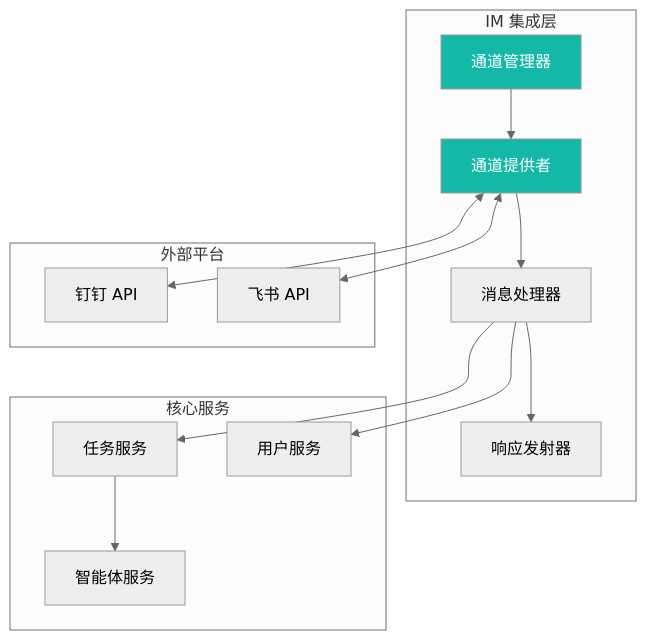
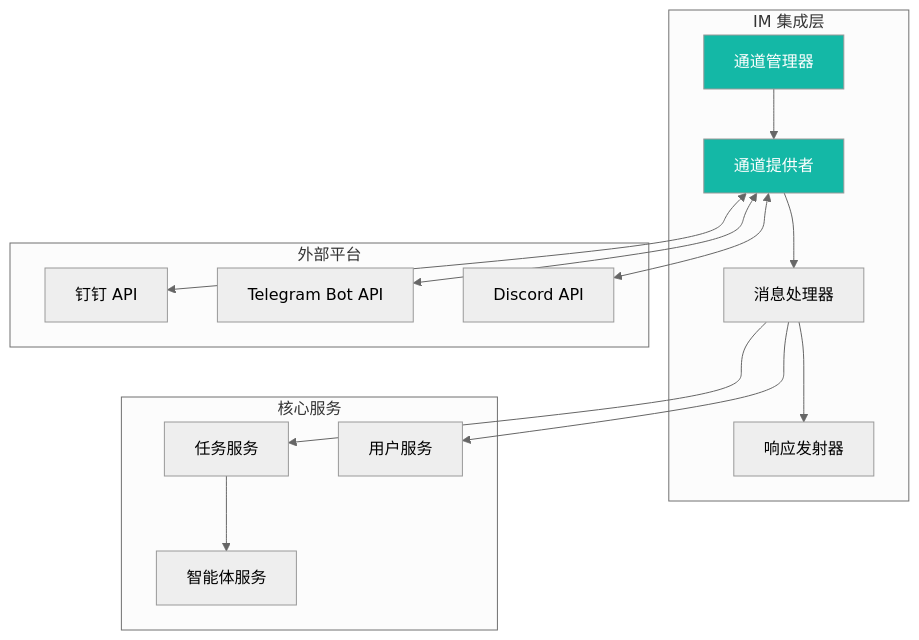
Before and after one commit to wecode-ai/wegent-docs: the second of 3 diagrams in i18n/zh/docusaurus-plugin-content-docs/current/user-guide/integrations/im-channel-integration.md, drawn with Mermaid (neutral theme). The commit also changed other lines of this file and 3 other files, not shown here.

````diff
--- a/i18n/zh/docusaurus-plugin-content-docs/current/user-guide/integrations/im-channel-integration.md
+++ b/i18n/zh/docusaurus-plugin-content-docs/current/user-guide/integrations/im-channel-integration.md
@@ -81,34 +83,36 @@
 ```mermaid
 graph TB
     subgraph "IM 集成层"
         CM[通道管理器]
         CP[通道提供者]
         MH[消息处理器]
         RE[响应发射器]
     end
 
     subgraph "核心服务"
         TS[任务服务]
         US[用户服务]
         AS[智能体服务]
     end
 
     subgraph "外部平台"
         DT[钉钉 API]
-        FS[飞书 API]
+        TG[Telegram Bot API]
+        DC[Discord API]
     end
 
     CM --> CP
     CP --> MH
     MH --> RE
 
     MH --> TS
     MH --> US
     TS --> AS
 
     CP <--> DT
-    CP <--> FS
+    CP <--> TG
+    CP <--> DC
 
     style CM fill:#14B8A6,color:#fff
     style CP fill:#14B8A6,color:#fff
 ```
````
